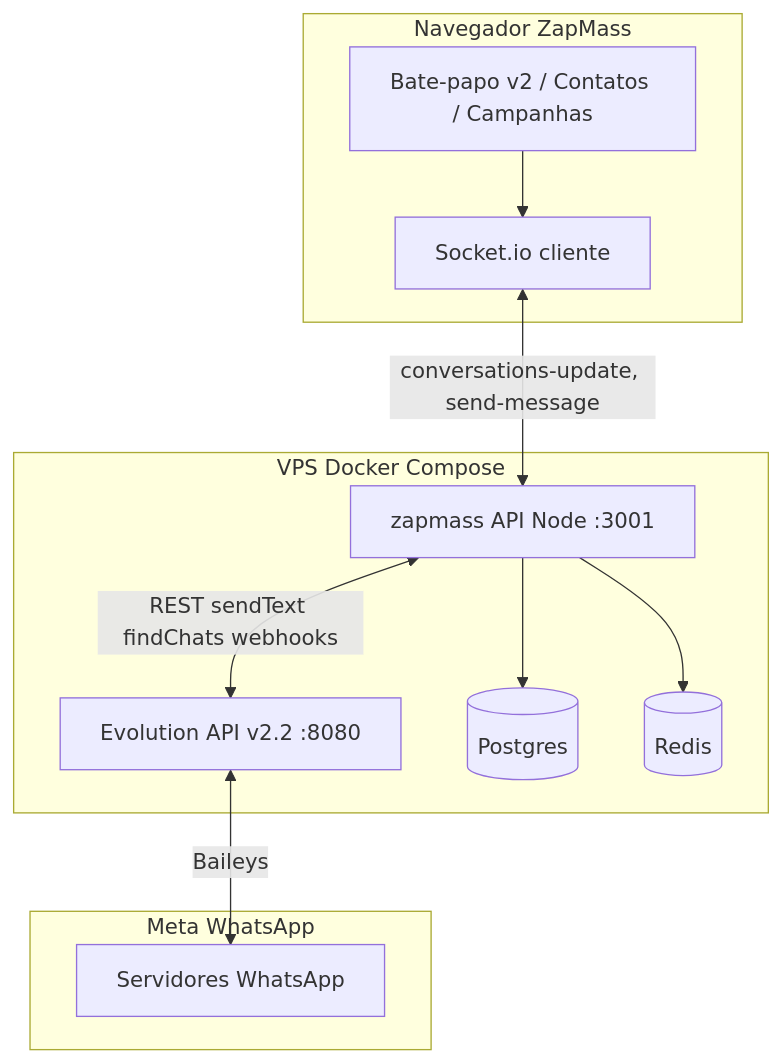
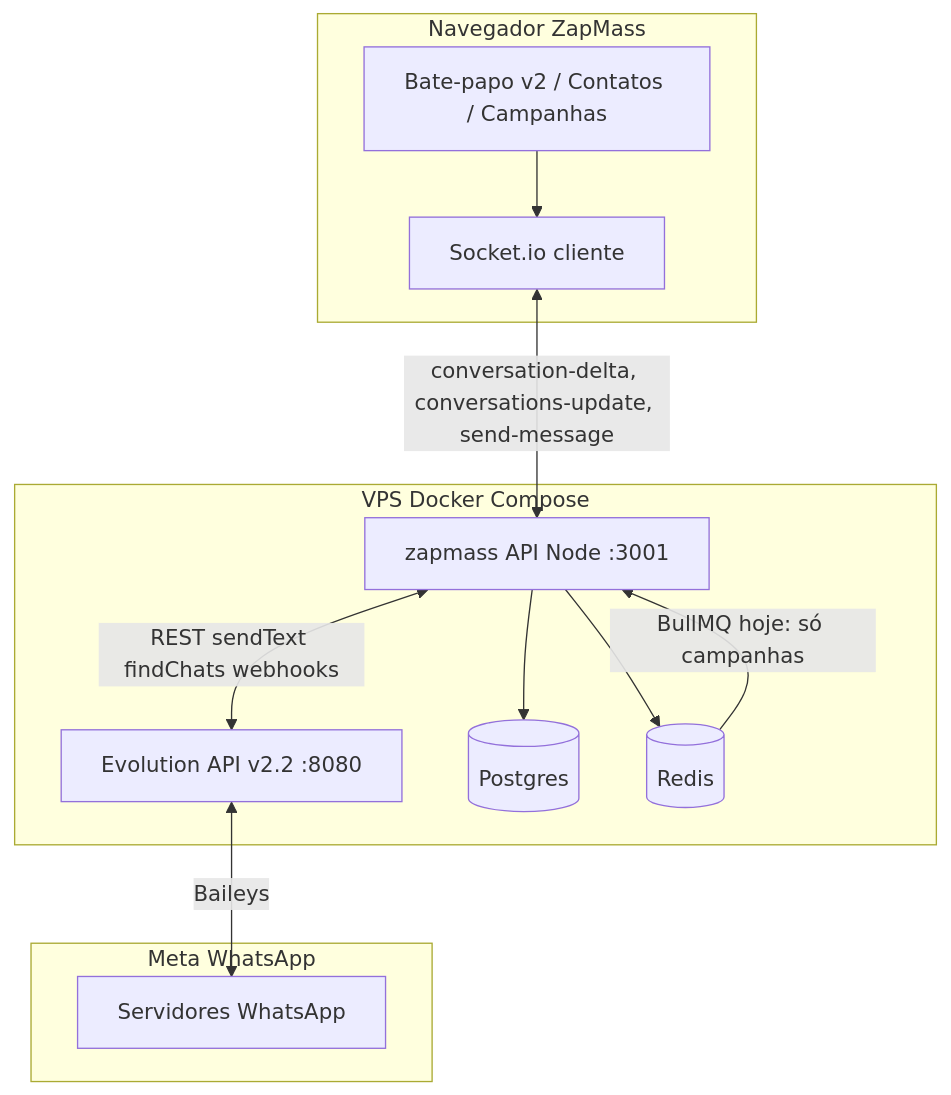
The first of 2 diagrams in docs/ESTUDO-BATE-PAPO-EXPERIENCIA.md (gabrielluz2025/zapmass2026), drawn with Mermaid before and after one commit. The commit also changed other lines of this file and 5 other files, not shown here.

````diff
--- a/docs/ESTUDO-BATE-PAPO-EXPERIENCIA.md
+++ b/docs/ESTUDO-BATE-PAPO-EXPERIENCIA.md
@@ -68,25 +103,26 @@
 ```mermaid
 flowchart TB
   subgraph browser [Navegador ZapMass]
     UI[Bate-papo v2 / Contatos / Campanhas]
     SIO[Socket.io cliente]
   end
 
   subgraph vps [VPS Docker Compose]
     API[zapmass API Node :3001]
     EVO[Evolution API v2.2 :8080]
     PG[(Postgres)]
     RD[(Redis)]
   end
 
   subgraph meta [Meta WhatsApp]
     WA[Servidores WhatsApp]
   end
 
   UI --> SIO
-  SIO <-->|conversations-update, send-message| API
+  SIO <-->|conversation-delta, conversations-update, send-message| API
   API <-->|REST sendText findChats webhooks| EVO
   EVO <-->|Baileys| WA
   API --> PG
   API --> RD
+  RD -->|BullMQ hoje: só campanhas| API
 ```
````
